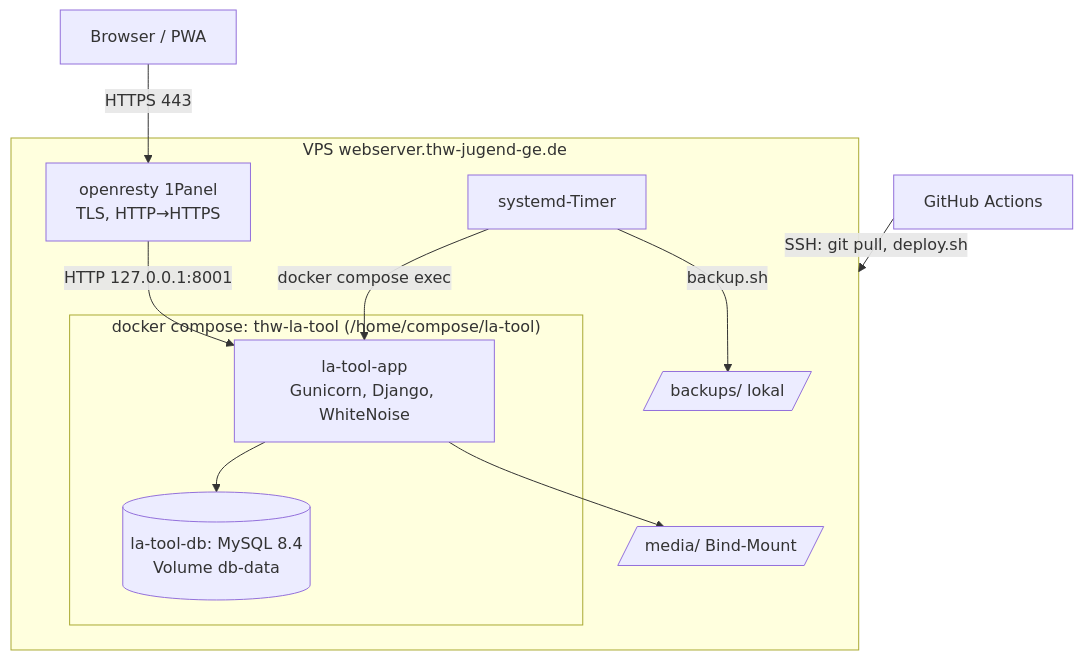
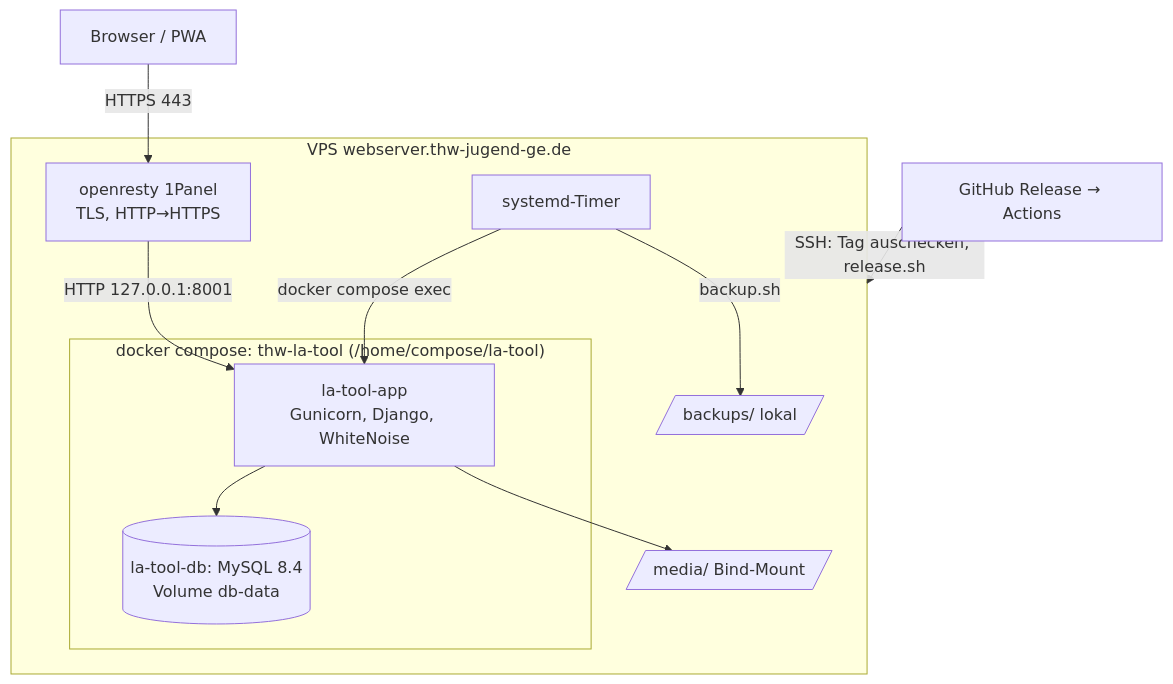
Before and after one commit to luca-alexander-thomas/LA-Tool: the diagram in docs/deployment.md, drawn with Mermaid. The commit also changed other lines of this file and 19 other files, not shown here.

First line of the commit message:
Deploy nur noch per GitHub-Release, Version und Release-Notizen in der App

````diff
--- a/docs/deployment.md
+++ b/docs/deployment.md
@@ -17,17 +17,17 @@
 ```mermaid
 flowchart TB
     U[Browser / PWA] -->|HTTPS 443| P
     subgraph VPS["VPS webserver.thw-jugend-ge.de"]
         P[openresty 1Panel<br>TLS, HTTP→HTTPS]
         P -->|HTTP 127.0.0.1:8001| APP
         subgraph Compose["docker compose: thw-la-tool (/home/compose/la-tool)"]
             APP[la-tool-app<br>Gunicorn, Django, WhiteNoise]
             DB[(la-tool-db: MySQL 8.4<br>Volume db-data)]
         end
         APP --> DB
         APP --> MED[/media/ Bind-Mount/]
         TIM[systemd-Timer] -->|docker compose exec| APP
         TIM -->|backup.sh| BK[/backups/ lokal/]
     end
-    GH[GitHub Actions] -->|SSH: git pull, deploy.sh| VPS
+    GH[GitHub Release → Actions] -->|SSH: Tag auschecken, release.sh| VPS
 ```
````
